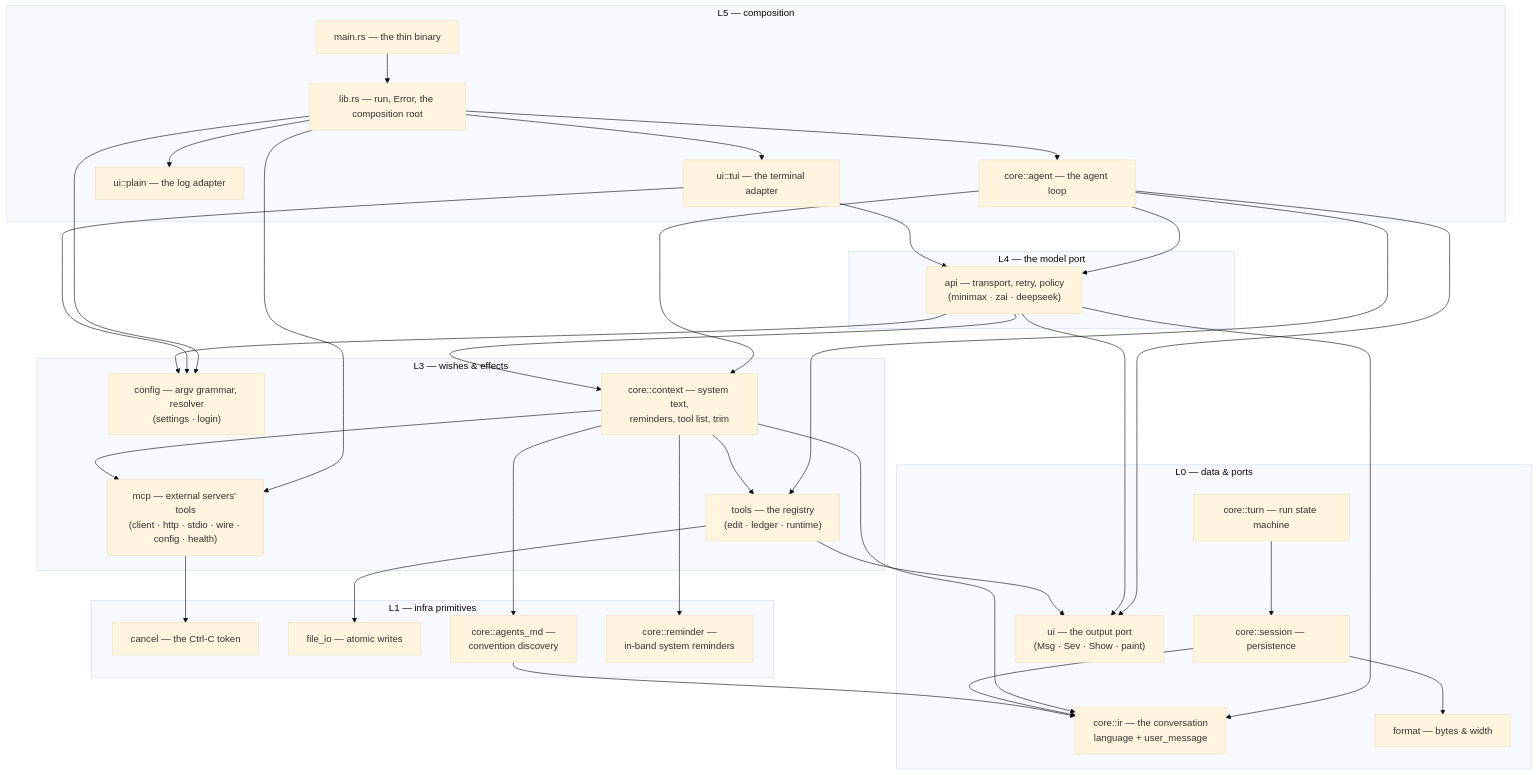
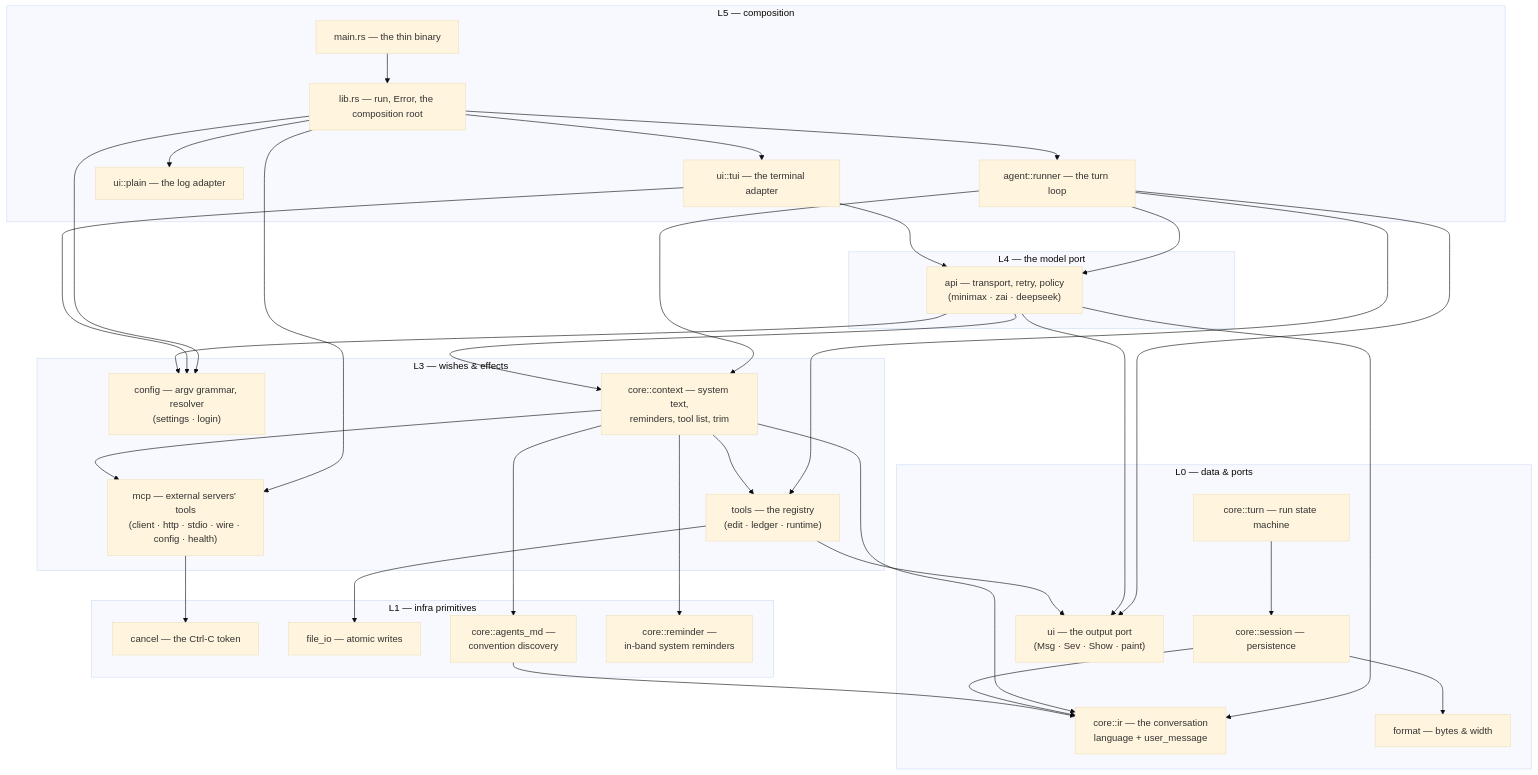
Before and after one commit to unfallenwill/jingwei: the diagram in docs/jingwei-deps.mmd, drawn with Mermaid (base theme). The commit also changed 10 other files, not shown here.

```diff
--- a/docs/jingwei-deps.mmd
+++ b/docs/jingwei-deps.mmd
@@ -1,75 +1,75 @@
 %% jingwei's module dependency graph, after the cluster regrouping.
 %% Render me: paste into https://mermaid.live (or `mmdc -i jingwei-deps.mmd`).
 %% The enforced contract is tests/architecture.rs; this picture is the tour.
 %% Rule: dependencies point downward only. The ui port sits at the bottom
 %% (everything emits through it); its adapters sit at the top (nothing may
 %% depend on a frontend).
 
 flowchart TD
     subgraph L5["L5 — composition"]
         bin["main.rs — the thin binary"]
         lib["lib.rs — run, Error, the composition root"]
-        loop_["core::agent — the agent loop"]
+        loop_["agent::runner — the turn loop"]
         plain["ui::plain — the log adapter"]
         tui["ui::tui — the terminal adapter"]
     end
 
     subgraph L4["L4 — the model port"]
         api["api — transport, retry, policy<br/>(minimax · zai · deepseek)"]
     end
 
     subgraph L3["L3 — wishes & effects"]
         config["config — argv grammar, resolver<br/>(settings · login)"]
         context["core::context — system text,<br/>reminders, tool list, trim"]
         tools["tools — the registry<br/>(edit · ledger · runtime)"]
         mcp["mcp — external servers' tools<br/>(client · http · stdio · wire · config · health)"]
     end
 
     subgraph L1["L1 — infra primitives"]
         cancel["cancel — the Ctrl-C token"]
         fileio["file_io — atomic writes"]
         agentsmd["core::agents_md —<br/>convention discovery"]
         reminder["core::reminder —<br/>in-band system reminders"]
     end
 
     subgraph L0["L0 — data & ports"]
         ir["core::ir — the conversation<br/>language + user_message"]
         session["core::session — persistence"]
         turn["core::turn — run state machine"]
         uip["ui — the output port<br/>(Msg · Sev · Show · paint)"]
         format["format — bytes & width"]
     end
 
     bin --> lib
     lib --> loop_
     lib --> plain
     lib --> tui
     lib --> config
     lib --> mcp
 
     loop_ --> api
     loop_ --> tools
     loop_ --> context
     loop_ --> uip
     tui --> api
     tui --> config
 
     api --> context
     api --> config
     api --> uip
     api --> ir
 
     context --> ir
     context --> tools
     context --> mcp
     context --> reminder
     context --> agentsmd
 
     tools --> uip
     tools --> fileio
     mcp --> cancel
 
     session --> ir
     session --> format
     turn --> session
     agentsmd --> ir
```
